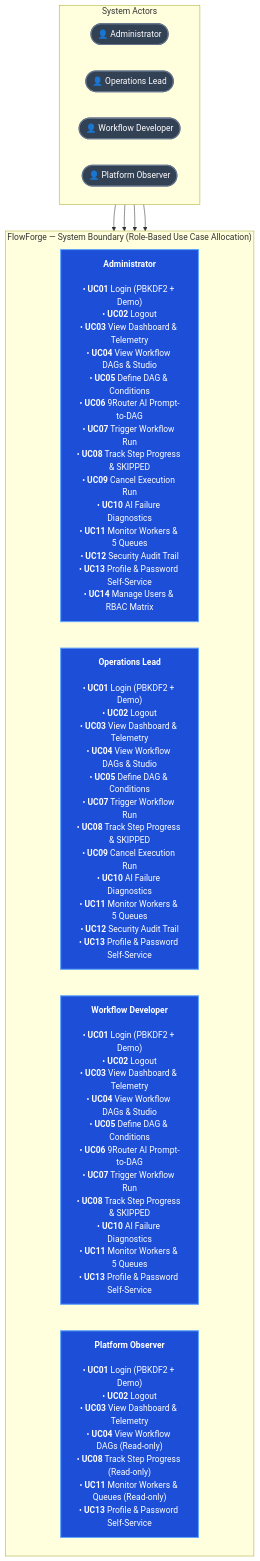
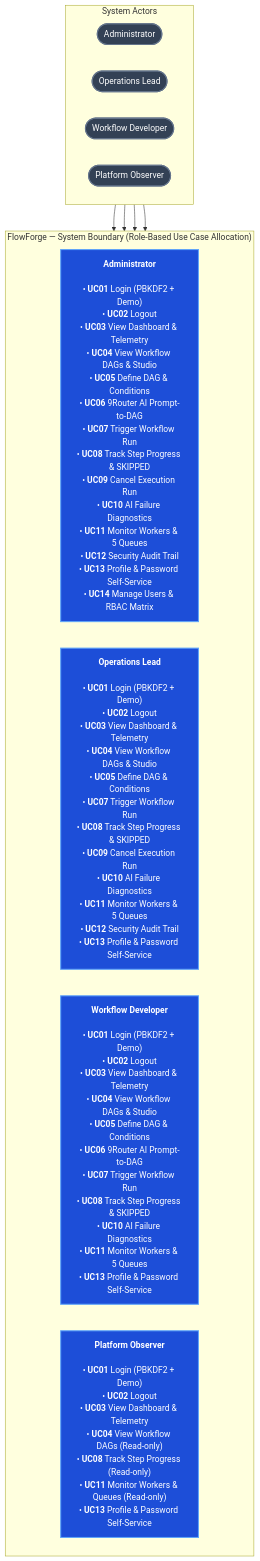
The first of 11 diagrams in README.md (AnCoder1310/FlowForge), drawn with Mermaid before and after one commit. The commit also changed other lines of this file and 28 other files, not shown here.

Commit message:
feat: complete FlowForge production-ready DAG engine, conditional branching, visual studio, and fix dashboard metrics anti-jitter

````diff
--- a/README.md
+++ b/README.md
@@ -56,30 +56,30 @@
 ```mermaid
 flowchart TB
     subgraph actors["System Actors"]
         direction LR
-        admin(["👤 Administrator"]):::actorPill
-        operator(["👤 Operations Lead"]):::actorPill
-        dev(["👤 Workflow Developer"]):::actorPill
-        viewer(["👤 Platform Observer"]):::actorPill
+        admin(["Administrator"]):::actorPill
+        operator(["Operations Lead"]):::actorPill
+        dev(["Workflow Developer"]):::actorPill
+        viewer(["Platform Observer"]):::actorPill
     end
 
     subgraph dwopBoundary["FlowForge — System Boundary (Role-Based Use Case Allocation)"]
         direction LR
 
         cardAdmin["<b>Administrator</b><br/><br/>• <b>UC01</b> Login (PBKDF2 + Demo)<br/>• <b>UC02</b> Logout<br/>• <b>UC03</b> View Dashboard & Telemetry<br/>• <b>UC04</b> View Workflow DAGs & Studio<br/>• <b>UC05</b> Define DAG & Conditions<br/>• <b>UC06</b> 9Router AI Prompt-to-DAG<br/>• <b>UC07</b> Trigger Workflow Run<br/>• <b>UC08</b> Track Step Progress & SKIPPED<br/>• <b>UC09</b> Cancel Execution Run<br/>• <b>UC10</b> AI Failure Diagnostics<br/>• <b>UC11</b> Monitor Workers & 5 Queues<br/>• <b>UC12</b> Security Audit Trail<br/>• <b>UC13</b> Profile & Password Self-Service<br/>• <b>UC14</b> Manage Users & RBAC Matrix"]:::colCard
 
         cardOp["<b>Operations Lead</b><br/><br/>• <b>UC01</b> Login (PBKDF2 + Demo)<br/>• <b>UC02</b> Logout<br/>• <b>UC03</b> View Dashboard & Telemetry<br/>• <b>UC04</b> View Workflow DAGs & Studio<br/>• <b>UC05</b> Define DAG & Conditions<br/>• <b>UC07</b> Trigger Workflow Run<br/>• <b>UC08</b> Track Step Progress & SKIPPED<br/>• <b>UC09</b> Cancel Execution Run<br/>• <b>UC10</b> AI Failure Diagnostics<br/>• <b>UC11</b> Monitor Workers & 5 Queues<br/>• <b>UC12</b> Security Audit Trail<br/>• <b>UC13</b> Profile & Password Self-Service"]:::colCard
 
         cardDev["<b>Workflow Developer</b><br/><br/>• <b>UC01</b> Login (PBKDF2 + Demo)<br/>• <b>UC02</b> Logout<br/>• <b>UC03</b> View Dashboard & Telemetry<br/>• <b>UC04</b> View Workflow DAGs & Studio<br/>• <b>UC05</b> Define DAG & Conditions<br/>• <b>UC06</b> 9Router AI Prompt-to-DAG<br/>• <b>UC07</b> Trigger Workflow Run<br/>• <b>UC08</b> Track Step Progress & SKIPPED<br/>• <b>UC10</b> AI Failure Diagnostics<br/>• <b>UC11</b> Monitor Workers & 5 Queues<br/>• <b>UC13</b> Profile & Password Self-Service"]:::colCard
 
         cardViewer["<b>Platform Observer</b><br/><br/>• <b>UC01</b> Login (PBKDF2 + Demo)<br/>• <b>UC02</b> Logout<br/>• <b>UC03</b> View Dashboard & Telemetry<br/>• <b>UC04</b> View Workflow DAGs (Read-only)<br/>• <b>UC08</b> Track Step Progress (Read-only)<br/>• <b>UC11</b> Monitor Workers & Queues (Read-only)<br/>• <b>UC13</b> Profile & Password Self-Service"]:::colCard
     end
 
     admin --> cardAdmin
     operator --> cardOp
     dev --> cardDev
     viewer --> cardViewer
 
     classDef actorPill fill:#334155,color:#ffffff,stroke:#64748b,stroke-width:2px;
     classDef colCard fill:#1d4ed8,color:#ffffff,stroke:#60a5fa,stroke-width:2px;
 ```
````
